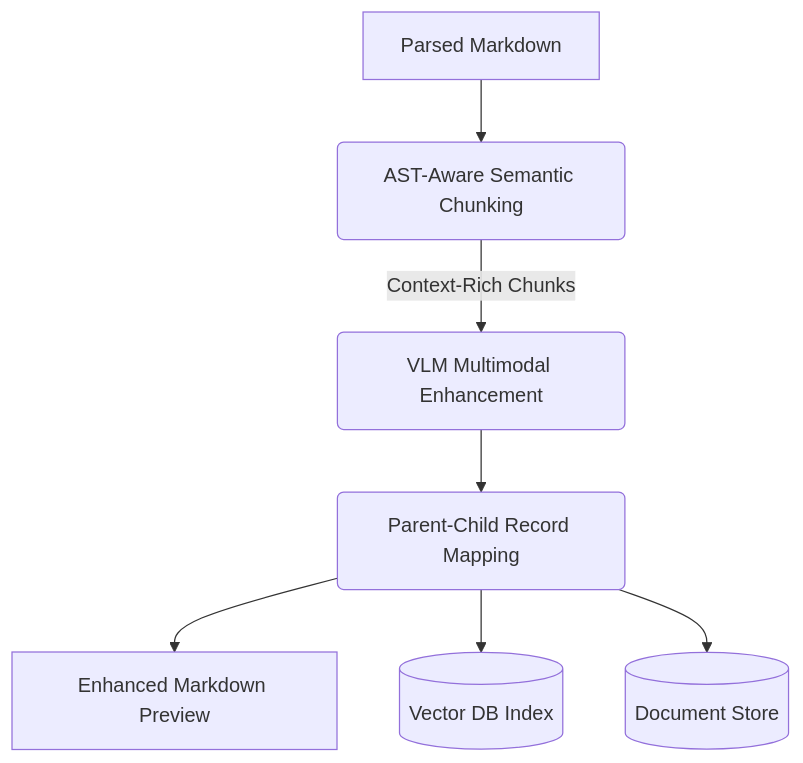
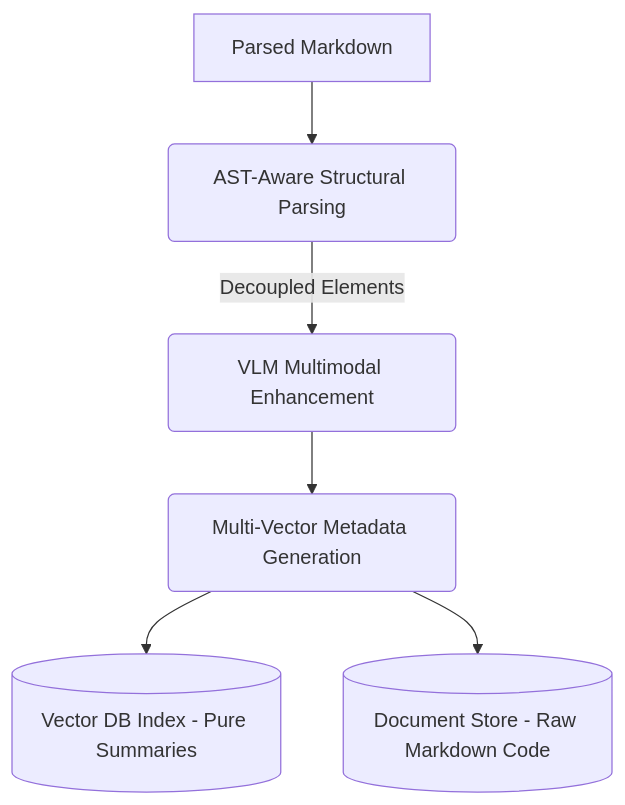
The diagram in README.md (Flying-Henanese/rag_enhanced_caption), drawn with Mermaid before and after one commit. The commit also changed other lines of this file and 9 other files, not shown here.

````diff
--- a/README.md
+++ b/README.md
@@ -58,9 +75,8 @@
 ```mermaid
 graph TD
-    A[Parsed Markdown] --> B(AST-Aware Semantic Chunking)
-    B -->|Context-Rich Chunks| C(VLM Multimodal Enhancement)
-    C --> D(Parent-Child Record Mapping)
-    D --> E[Enhanced Markdown Preview]
-    D --> F[(Vector DB Index)]
-    D --> G[(Document Store)]
+    A[Parsed Markdown] --> B(AST-Aware Structural Parsing)
+    B -->|Decoupled Elements| C(VLM Multimodal Enhancement)
+    C --> D(Multi-Vector Metadata Generation)
+    D --> F[(Vector DB Index - Pure Summaries)]
+    D --> G[(Document Store - Raw Markdown Code)]
 ```
````
